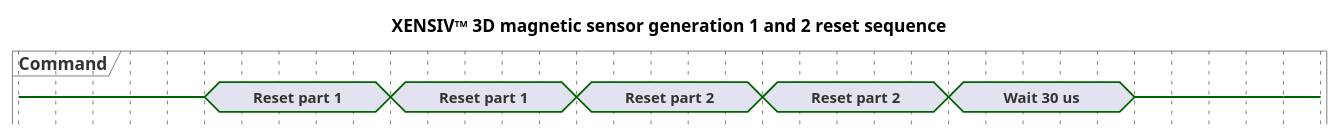
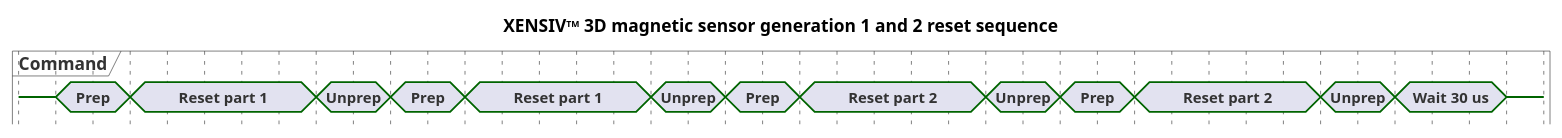
Before and after one commit to OlafFilies/magnetic-3d-sensor-tlx493d: the diagram in doc/plantuml/diagrams/reset_sequence.puml, drawn with PlantUML. The commit also changed 10 other files, not shown here.

```diff
--- a/doc/plantuml/diagrams/reset_sequence.puml
+++ b/doc/plantuml/diagrams/reset_sequence.puml
@@ -1,35 +1,56 @@
 @startuml
 
 title XENSIV<sup><size:10>TM</size></sup> 3D magnetic sensor generation 1 and 2 reset sequence
 
 scale 1 as 30 pixels
 hide time-axis
 
 'clock "SCL" as scl
 concise "Command" as cmd
 
 @0
 cmd is {-}
 
-@5
+@1
+cmd is "Prep"
+
+@3
 cmd is "Reset part 1"
 
+@8
+cmd is "Unprep"
+
 @10
+cmd is "Prep"
+
+@12
 cmd is "Reset part 1"
 
-@15
+@17
+cmd is "Unprep"
+
+@19
+cmd is "Prep"
+
+@21
 cmd is "Reset part 2"
 
-@20
+@26
+cmd is "Unprep"
+
+@28
+cmd is "Prep"
+
+@30
 cmd is "Reset part 2"
 
-@25
+@35
+cmd is "Unprep"
+
+@37
 cmd is "Wait 30 us"
 
-@30
-cmd is {-}
-
-@34
+@40
 cmd is {-}
 
 @enduml
```
